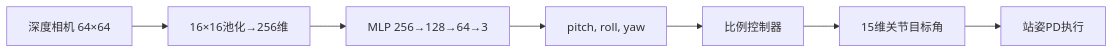
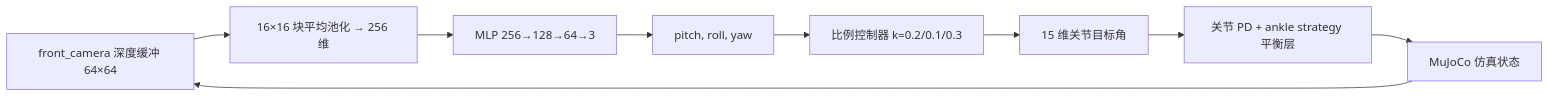
One commit to OpenHUTB/ros2 changed the diagram in docs/humanoid/humanoid_depth_pose_control.md. Above: the diagram before and after it, drawn with Mermaid. The commit also changed other lines of this file, not shown here.

````diff
--- a/docs/humanoid/humanoid_depth_pose_control.md
+++ b/docs/humanoid/humanoid_depth_pose_control.md
@@ -11,9 +13,11 @@
 ```mermaid
 graph LR
-    A[深度相机 64×64] --> B[16×16池化→256维]
+    A[front_camera 深度缓冲 64×64] --> B[16×16 块平均池化 → 256 维]
     B --> C[MLP 256→128→64→3]
     C --> D[pitch, roll, yaw]
-    D --> E[比例控制器]
-    E --> F[15维关节目标角]
-    F --> G[站姿PD执行]
+    D --> E[比例控制器 k=0.2/0.1/0.3]
+    E --> F[15 维关节目标角]
+    F --> G[关节 PD + ankle strategy 平衡层]
+    G --> H[MuJoCo 仿真状态]
+    H --> A
 ```
````
